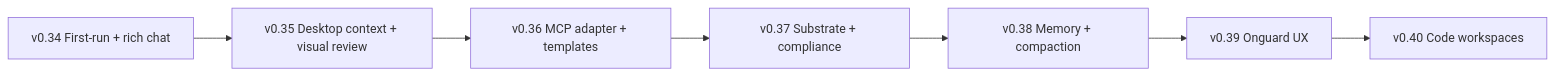
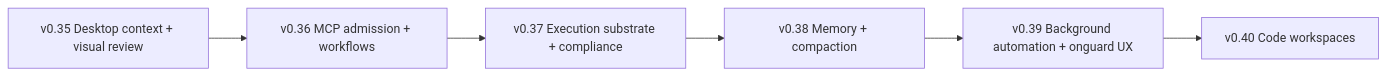
The diagram in ROADMAP.md (marctjones/capabledeputy), drawn with Mermaid before and after one commit. The commit also changed other lines of this file and 1 other file, not shown here.

Commit message:
docs: rationalize roadmap tracks

````diff
--- a/ROADMAP.md
+++ b/ROADMAP.md
@@ -17,11 +18,10 @@
 ```mermaid
 flowchart LR
-  v34[v0.34 First-run + rich chat]
   v35[v0.35 Desktop context + visual review]
-  v36[v0.36 MCP adapter + templates]
-  v37[v0.37 Substrate + compliance]
+  v36[v0.36 MCP admission + workflows]
+  v37[v0.37 Execution substrate + compliance]
   v38[v0.38 Memory + compaction]
-  v39[v0.39 Onguard UX]
+  v39[v0.39 Background automation + onguard UX]
   v40[v0.40 Code workspaces]
-  v34 --> v35 --> v36 --> v37 --> v38 --> v39 --> v40
+  v35 --> v36 --> v37 --> v38 --> v39 --> v40
 ```
````
